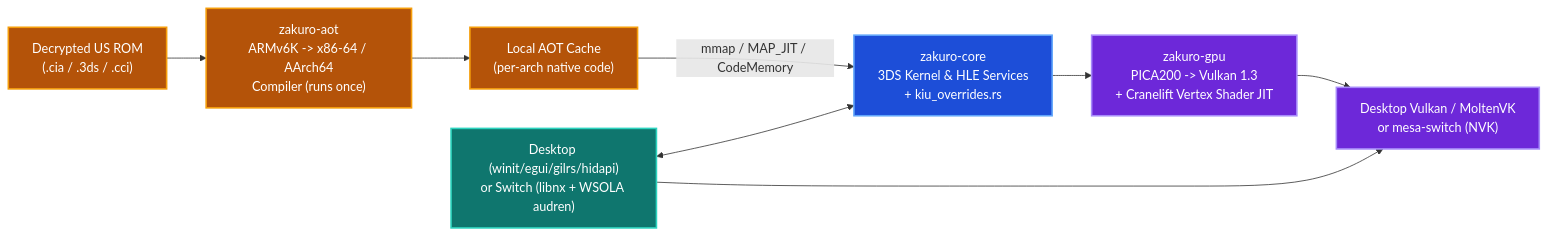
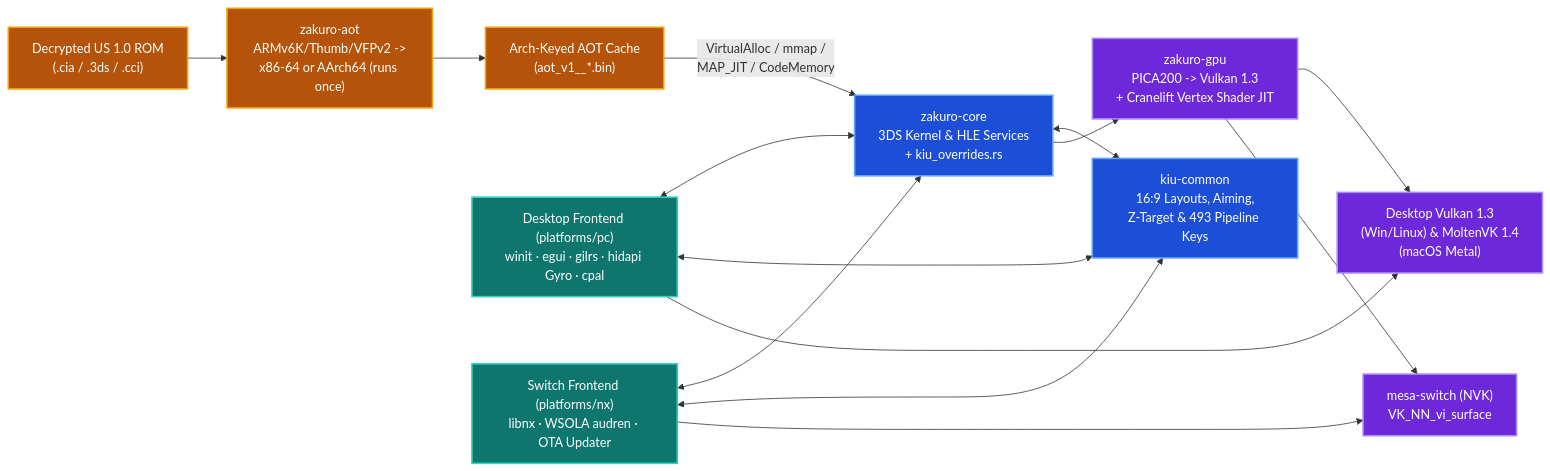
One commit to Angle-Brackets/UprisingNX changed the diagram in README.md. Above: the diagram before and after it, drawn with Mermaid. The commit also changed other lines of this file and 2 other files, not shown here.

Commit message:
Overhaul README for multi-platform Kid Icarus: Uprising Recompiled with PC controls diagram and full architecture

````diff
--- a/README.md
+++ b/README.md
@@ -187,17 +197,26 @@
 ```mermaid
 flowchart LR
     classDef aot fill:#b45309,stroke:#f59e0b,stroke-width:2px,color:#ffffff
     classDef core fill:#1d4ed8,stroke:#60a5fa,stroke-width:2px,color:#ffffff
     classDef gpu fill:#6d28d9,stroke:#a78bfa,stroke-width:2px,color:#ffffff
     classDef fe fill:#0f766e,stroke:#2dd4bf,stroke-width:2px,color:#ffffff
 
-    ROM["Decrypted US ROM\n(.cia / .3ds / .cci)"]:::aot --> AOT["zakuro-aot\nARMv6K -> x86-64 / AArch64\nCompiler (runs once)"]:::aot
-    AOT --> Cache["Local AOT Cache\n(per-arch native code)"]:::aot
-    Cache -->|"mmap / MAP_JIT / CodeMemory"| Core["zakuro-core\n3DS Kernel & HLE Services\n+ kiu_overrides.rs"]:::core
+    ROM["Decrypted US 1.0 ROM\n(.cia / .3ds / .cci)"]:::aot --> AOT["zakuro-aot\nARMv6K/Thumb/VFPv2 ->\nx86-64 or AArch64 (runs once)"]:::aot
 
+    AOT --> Cache["Arch-Keyed AOT Cache\n(aot_v1_<arch>_*.bin)"]:::aot
+    Cache -->|"VirtualAlloc / mmap /\nMAP_JIT / CodeMemory"| Core["zakuro-core\n3DS Kernel & HLE Services\n+ kiu_overrides.rs"]:::core
+
+    Core <--> Kiu["kiu-common\n16:9 Layouts, Aiming,\nZ-Target & 493 Pipeline Keys"]:::core
     Core --> GPU["zakuro-gpu\nPICA200 -> Vulkan 1.3\n+ Cranelift Vertex Shader JIT"]:::gpu
-    GPU --> Vk["Desktop Vulkan / MoltenVK\nor mesa-switch (NVK)"]:::gpu
 
-    Frontend["Desktop (winit/egui/gilrs/hidapi)\nor Switch (libnx + WSOLA audren)"]:::fe <--> Core
-    Frontend --> Vk
+    GPU --> VkPC["Desktop Vulkan 1.3\n(Win/Linux) & MoltenVK 1.4\n(macOS Metal)"]:::gpu
+    GPU --> VkNX["mesa-switch (NVK)\nVK_NN_vi_surface"]:::gpu
+
+    FePC["Desktop Frontend (platforms/pc)\nwinit · egui · gilrs · hidapi Gyro · cpal"]:::fe <--> Core
+    FePC <--> Kiu
+    FePC --> VkPC
+
+    FeNX["Switch Frontend (platforms/nx)\nlibnx · WSOLA audren · OTA Updater"]:::fe <--> Core
+    FeNX <--> Kiu
+    FeNX --> VkNX
 ```
````
